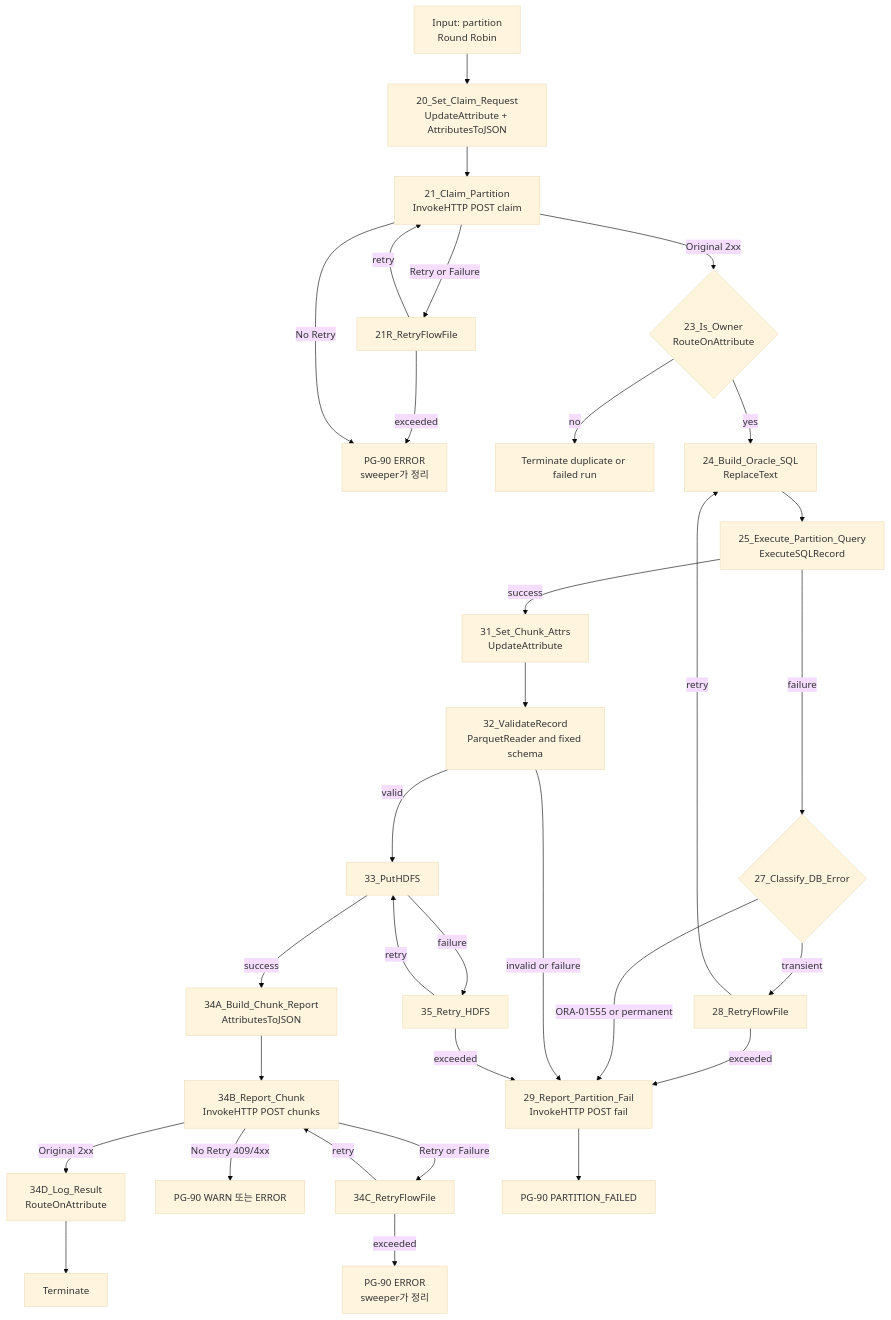
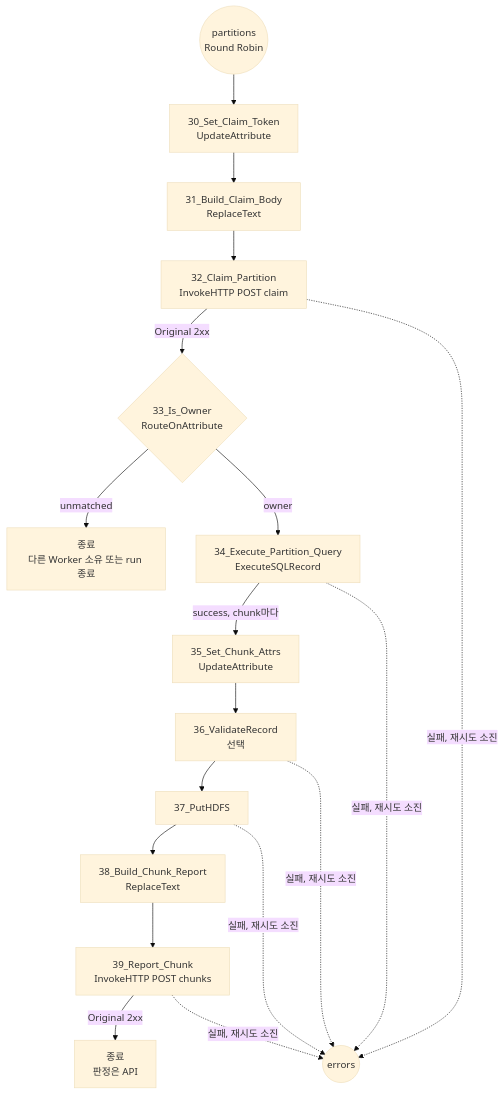
Before and after one commit to DataDynamics/nifi-sqoop-removal: the sixth of 13 diagrams in nifi-sqoop-removal-guide.md, drawn with Mermaid (base theme). The commit also changed other lines of this file and 2 other files, not shown here.

````diff
--- a/nifi-sqoop-removal-guide.md
+++ b/nifi-sqoop-removal-guide.md
@@ -932,34 +983,16 @@
 ```mermaid
 flowchart TD
-    I[Input: partition<br/>Round Robin] --> A[20_Set_Claim_Request<br/>UpdateAttribute + AttributesToJSON]
-    A --> B[21_Claim_Partition<br/>InvokeHTTP POST claim]
-    B -->|Retry or Failure| BR[21R_RetryFlowFile]
-    BR -->|retry| B
-    BR -->|exceeded| EV0[PG-90 ERROR<br/>sweeper가 정리]
-    B -->|No Retry| EV0
-    B -->|Original 2xx| D{23_Is_Owner<br/>RouteOnAttribute}
-    D -->|no| DROP[Terminate duplicate or failed run]
-    D -->|yes| E[24_Build_Oracle_SQL<br/>ReplaceText]
-    E --> F[25_Execute_Partition_Query<br/>ExecuteSQLRecord]
-    F -->|failure| ER{27_Classify_DB_Error}
-    ER -->|transient| RETRY[28_RetryFlowFile]
-    RETRY -->|retry| E
-    RETRY -->|exceeded| FAIL[29_Report_Partition_Fail<br/>InvokeHTTP POST fail]
-    ER -->|ORA-01555 or permanent| FAIL
-    F -->|success| U[31_Set_Chunk_Attrs<br/>UpdateAttribute]
-    U --> VAL[32_ValidateRecord<br/>ParquetReader and fixed schema]
-    VAL -->|valid| H[33_PutHDFS]
-    VAL -->|invalid or failure| FAIL
-    H -->|failure| HR[35_Retry_HDFS]
-    HR -->|retry| H
-    HR -->|exceeded| FAIL
-    H -->|success| J[34A_Build_Chunk_Report<br/>AttributesToJSON]
-    J --> R[34B_Report_Chunk<br/>InvokeHTTP POST chunks]
-    R -->|Original 2xx| LOG[34D_Log_Result<br/>RouteOnAttribute]
-    LOG --> TERM[Terminate]
-    R -->|No Retry 409/4xx| EV1[PG-90 WARN 또는 ERROR]
-    R -->|Retry or Failure| RR[34C_RetryFlowFile]
-    RR -->|retry| R
-    RR -->|exceeded| EV2[PG-90 ERROR<br/>sweeper가 정리]
-    FAIL --> EV3[PG-90 PARTITION_FAILED]
+    I((partitions<br/>Round Robin)) --> A[30_Set_Claim_Token<br/>UpdateAttribute]
+    A --> B[31_Build_Claim_Body<br/>ReplaceText]
+    B --> C[32_Claim_Partition<br/>InvokeHTTP POST claim]
+    C -->|Original 2xx| D{33_Is_Owner<br/>RouteOnAttribute}
+    D -->|unmatched| DROP[종료<br/>다른 Worker 소유 또는 run 종료]
+    D -->|owner| E[34_Execute_Partition_Query<br/>ExecuteSQLRecord]
+    E -->|success, chunk마다| U[35_Set_Chunk_Attrs<br/>UpdateAttribute]
+    U --> VAL[36_ValidateRecord<br/>선택]
+    VAL --> H[37_PutHDFS]
+    H --> J[38_Build_Chunk_Report<br/>ReplaceText]
+    J --> R[39_Report_Chunk<br/>InvokeHTTP POST chunks]
+    R -->|Original 2xx| TERM[종료<br/>판정은 API]
+    C & E & VAL & H & R -.->|실패, 재시도 소진| ERR((errors))
 ```
````
